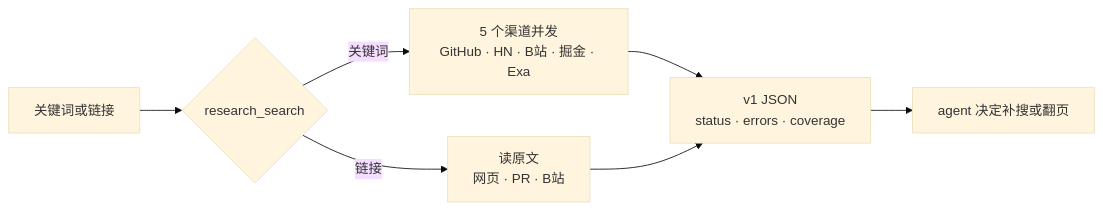
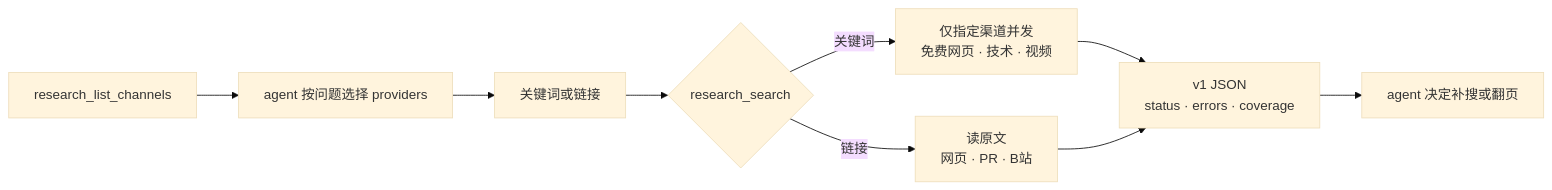
One commit to bmdy6/research-mcp changed the diagram in README.md. Above: the diagram before and after it, drawn with Mermaid (base theme). The commit also changed other lines of this file and 30 other files, not shown here.

````diff
--- a/README.md
+++ b/README.md
@@ -92,9 +93,11 @@
 ```mermaid
 flowchart LR
-  Q[关键词或链接] --> S{research_search}
-  S -->|关键词| C[5 个渠道并发<br>GitHub · HN · B站 · 掘金 · Exa]
+  L[research_list_channels] --> A0[agent 按问题选择 providers]
+  A0 --> Q[关键词或链接]
+  Q --> S{research_search}
+  S -->|关键词| C[仅指定渠道并发<br>免费网页 · 技术 · 视频]
   S -->|链接| F[读原文<br>网页 · PR · B站]
   C --> R[v1 JSON<br>status · errors · coverage]
   F --> R
   R --> A[agent 决定补搜或翻页]
 ```
````
